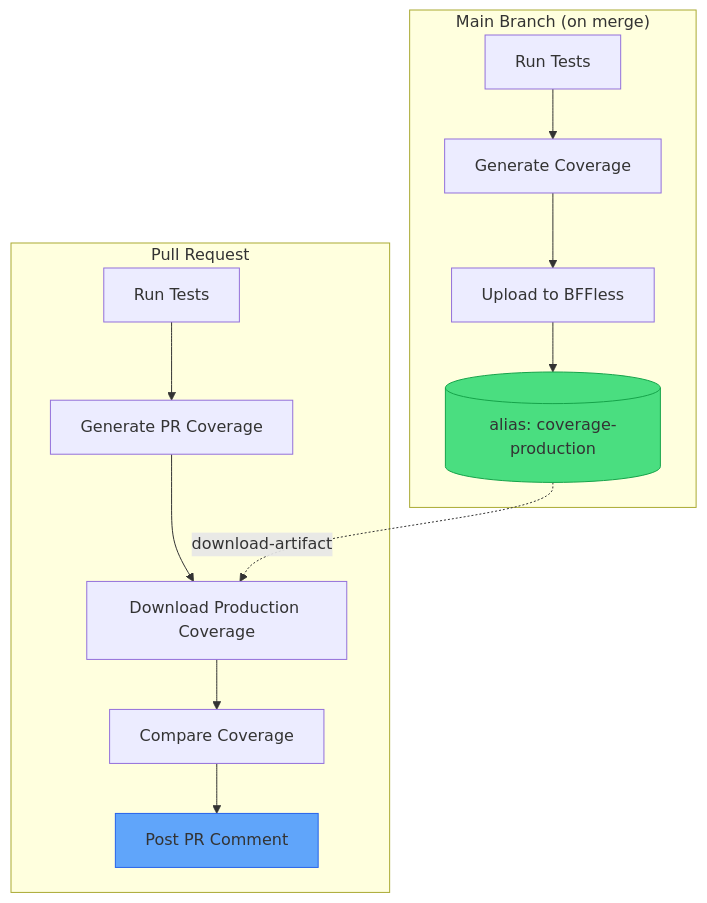
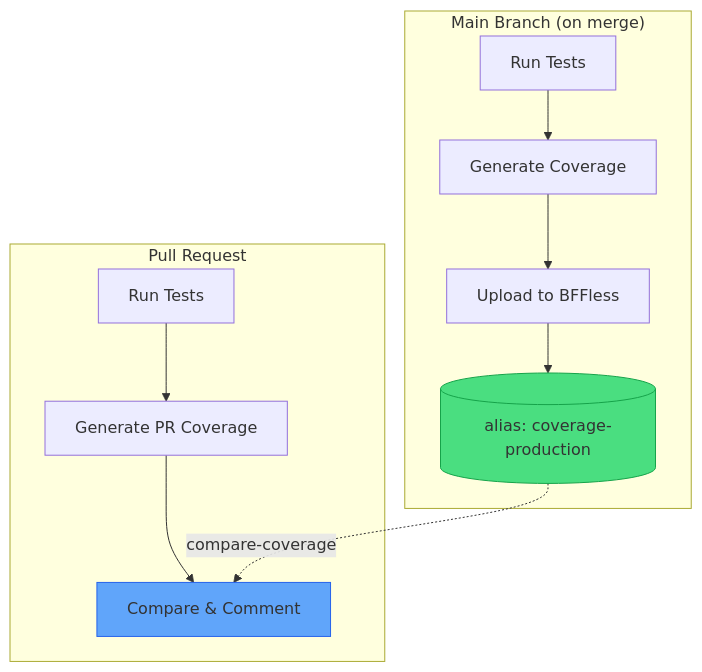
Before and after one commit to bffless/docs-public: the diagram in docs/recipes/coverage-comparison.md, drawn with Mermaid. The commit also changed other lines of this file and 2 other files, not shown here.

Commit message:
feat: adds recipe for compare screenshots

````diff
--- a/docs/recipes/coverage-comparison.md
+++ b/docs/recipes/coverage-comparison.md
@@ -11,20 +11,18 @@
 ```mermaid
 flowchart TB
     subgraph main["Main Branch (on merge)"]
         M1[Run Tests] --> M2[Generate Coverage]
         M2 --> M3[Upload to BFFless]
         M3 --> M4[("alias: coverage-production")]
     end
 
     subgraph pr["Pull Request"]
         P1[Run Tests] --> P2[Generate PR Coverage]
-        P2 --> P3[Download Production Coverage]
-        P3 --> P4[Compare Coverage]
-        P4 --> P5[Post PR Comment]
+        P2 --> P3[Compare & Comment]
     end
 
-    M4 -.->|"download-artifact"| P3
+    M4 -.->|"compare-coverage"| P3
 
     style M4 fill:#4ade80,stroke:#16a34a
-    style P5 fill:#60a5fa,stroke:#2563eb
+    style P3 fill:#60a5fa,stroke:#2563eb
 ```
````
